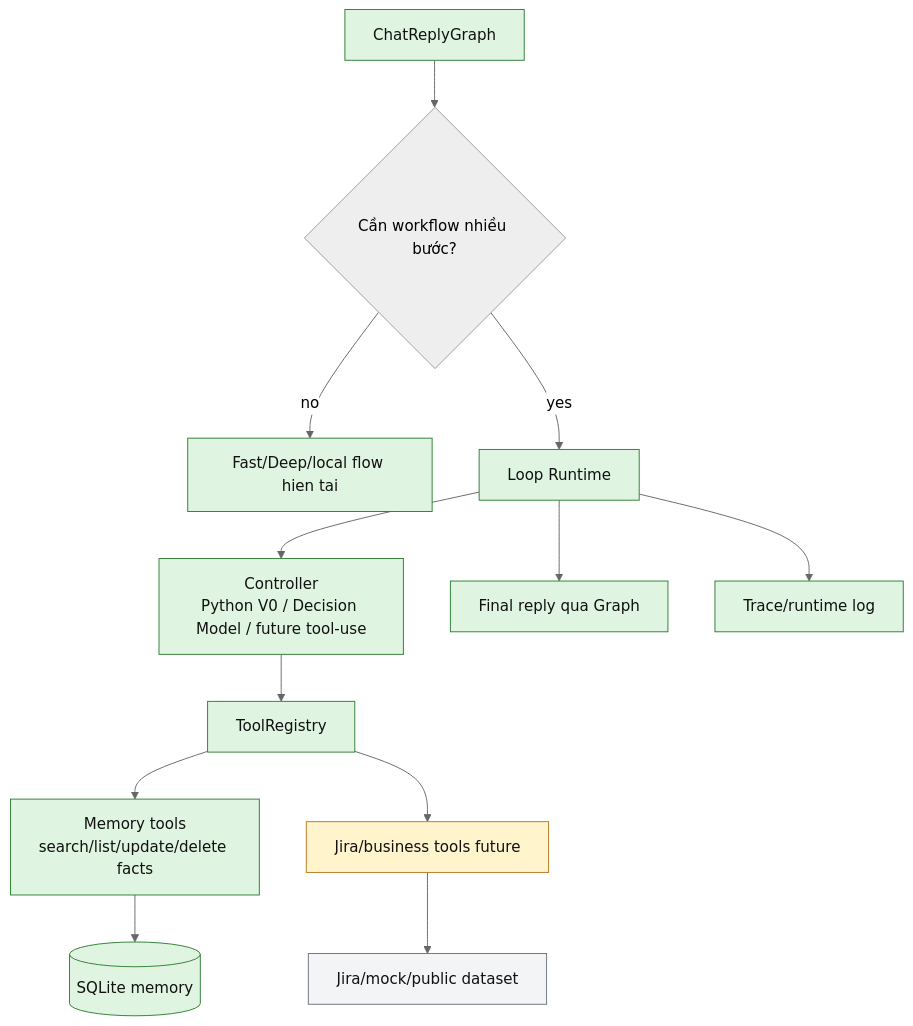
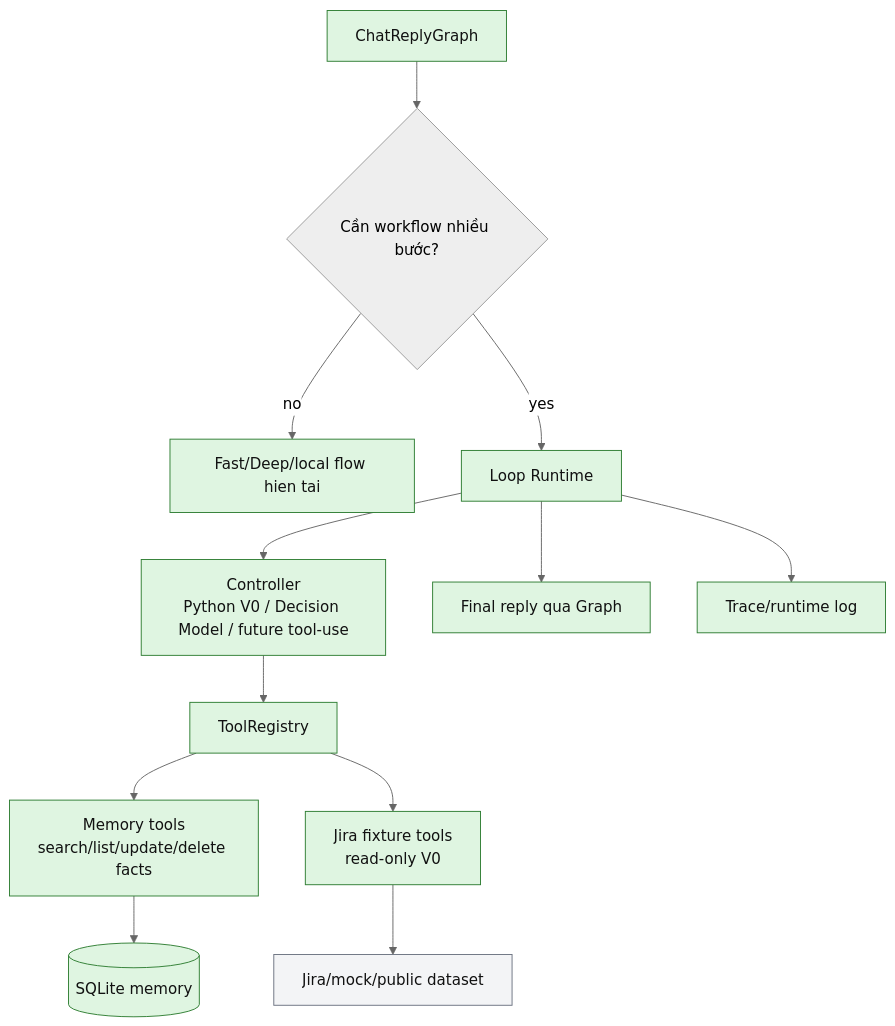
The seventh of 8 diagrams in docs/memory/chat-memory-architecture-flow.md (LuongAnh1/Niko_Agent), drawn with Mermaid (neutral theme) before and after one commit. The commit also changed other lines of this file and 11 other files, not shown here.

Commit message:
docs: sync loop and Jira architecture notes

````diff
--- a/docs/memory/chat-memory-architecture-flow.md
+++ b/docs/memory/chat-memory-architecture-flow.md
@@ -306,22 +306,21 @@
 ```mermaid
 flowchart TB
     Graph[ChatReplyGraph] --> NeedTool{Cần workflow nhiều bước?}
     NeedTool -->|no| Normal[Fast/Deep/local flow hien tai]
     NeedTool -->|yes| Loop[Loop Runtime]
     Loop --> Controller[Controller<br/>Python V0 / Decision Model / future tool-use]
     Controller --> Registry[ToolRegistry]
     Registry --> MemoryTools[Memory tools<br/>search/list/update/delete facts]
-    Registry --> JiraTools[Jira/business tools future]
+    Registry --> JiraTools[Jira fixture tools<br/>read-only V0]
     MemoryTools --> Store[(SQLite memory)]
     JiraTools --> External[Jira/mock/public dataset]
     Loop --> Final[Final reply qua Graph]
     Loop --> Trace[Trace/runtime log]
 
     classDef done fill:#dff5e1,stroke:#2e7d32,color:#111;
     classDef planned fill:#fff4cc,stroke:#b7791f,color:#111;
     classDef boundary fill:#f3f4f6,stroke:#6b7280,color:#111;
 
-    class Graph,Normal,Loop,Controller,Registry,MemoryTools,Store,Final,Trace done;
-    class JiraTools planned;
+    class Graph,Normal,Loop,Controller,Registry,MemoryTools,JiraTools,Store,Final,Trace done;
     class External boundary;
 ```
````
